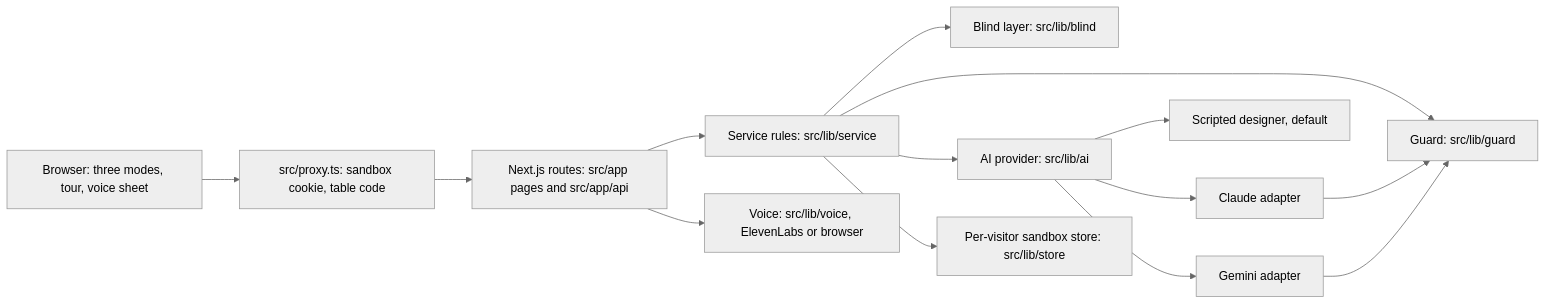
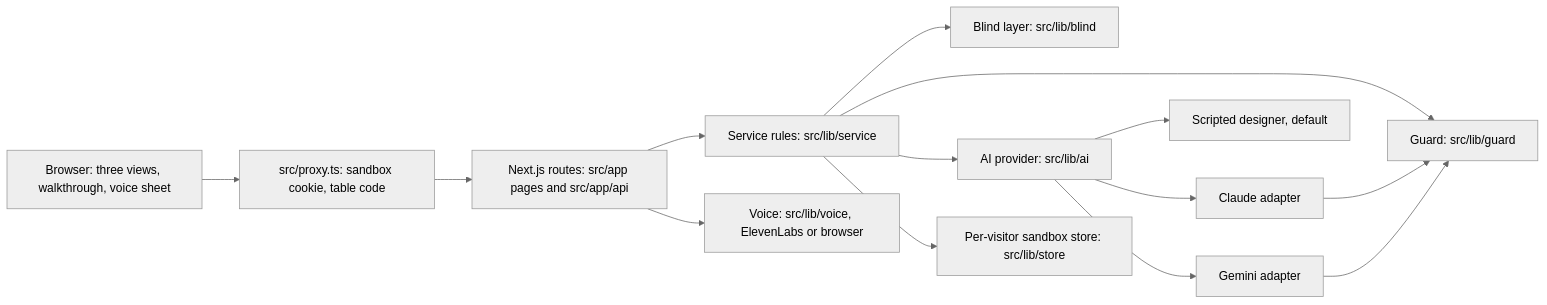
The diagram in README.md (felixwickholm/workproof), drawn with Mermaid (neutral theme) before and after one commit. The commit also changed other lines of this file and 19 other files, not shown here.

````diff
--- a/README.md
+++ b/README.md
@@ -121,16 +121,16 @@
 ```mermaid
 flowchart LR
-  B[Browser: three modes, tour, voice sheet] --> P[src/proxy.ts: sandbox cookie, table code]
+  B[Browser: three views, walkthrough, voice sheet] --> P[src/proxy.ts: sandbox cookie, table code]
   P --> R[Next.js routes: src/app pages and src/app/api]
   R --> S[Service rules: src/lib/service]
   S --> BL[Blind layer: src/lib/blind]
   S --> G[Guard: src/lib/guard]
   S --> AI[AI provider: src/lib/ai]
   AI --> SC[Scripted designer, default]
   AI --> CL[Claude adapter]
   AI --> GE[Gemini adapter]
   CL --> G
   GE --> G
   R --> V[Voice: src/lib/voice, ElevenLabs or browser]
   S --> ST[Per-visitor sandbox store: src/lib/store]
 ```
````
